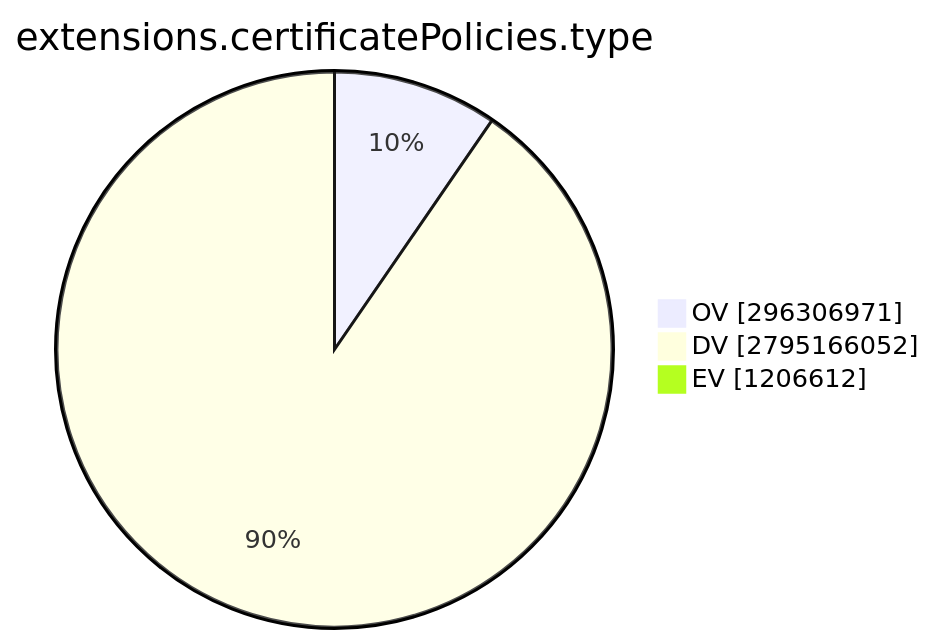
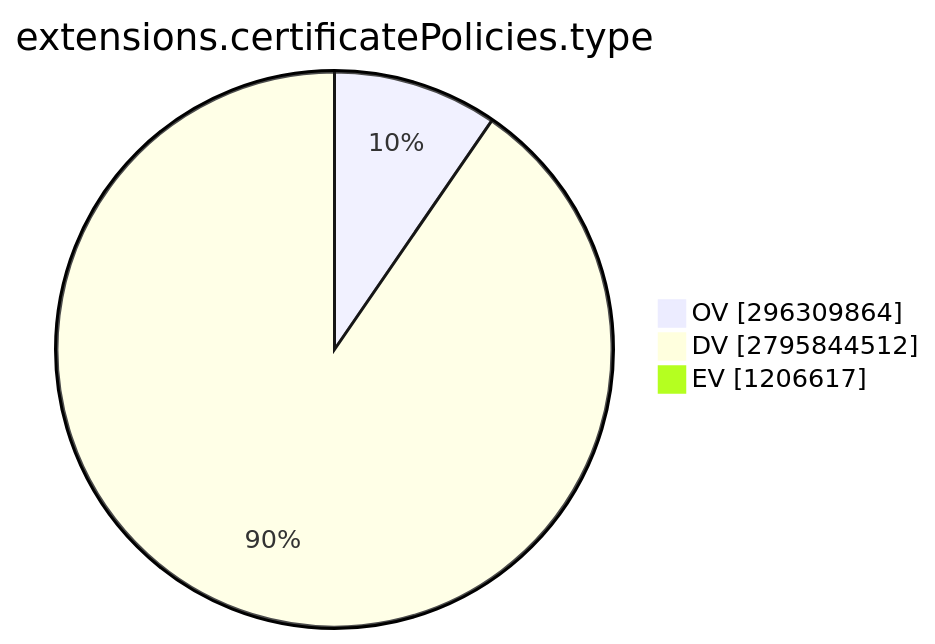
The ninth of 15 diagrams in TOTAL/README.md (christiankrug/ctmonitor_visualization), drawn with Mermaid before and after one commit. The commit also changed other lines of this file, not shown here.

````diff
--- a/TOTAL/README.md
+++ b/TOTAL/README.md
@@ -3099,7 +3099,7 @@
 ```mermaid
 pie showData
 title extensions.certificatePolicies.type
-"OV" :296306971
-"DV" :2795166052
-"EV" :1206612
+"OV" :296309864
+"DV" :2795844512
+"EV" :1206617
 ```
````
